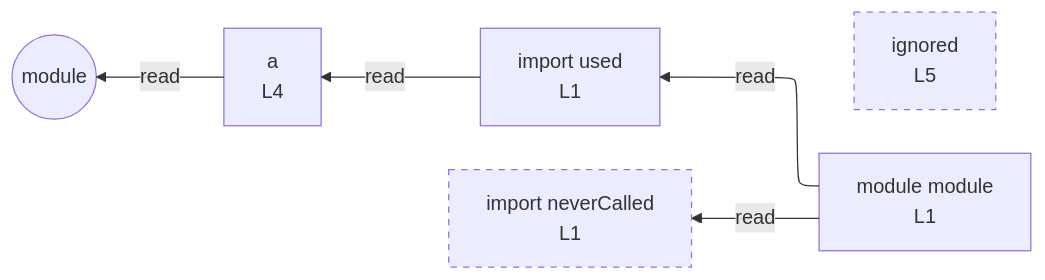
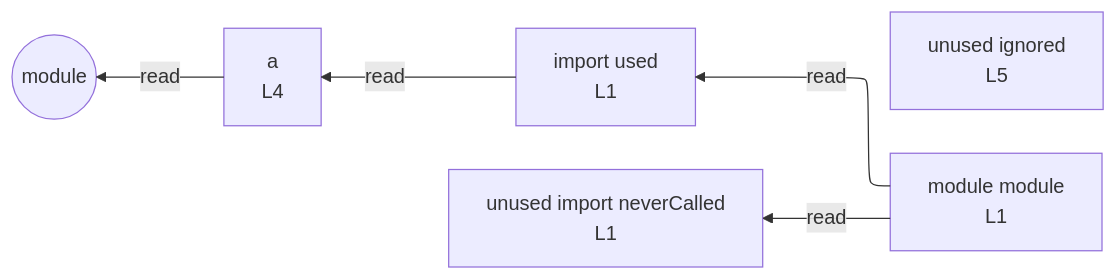
Before and after one commit to crescware/unsnarl: the diagram in integration/fixtures/unused-and-var/preview.md, drawn with Mermaid. The commit also changed 75 other files, not shown here.

````diff
--- a/integration/fixtures/unused-and-var/preview.md
+++ b/integration/fixtures/unused-and-var/preview.md
@@ -17,17 +17,14 @@
 ```mermaid
 %%{init: {"flowchart": {"defaultRenderer": "elk"}}}%%
 flowchart RL
   n_scope_0_used_9["import used<br/>L1"]
-  n_scope_0_neverCalled_15["import neverCalled<br/>L1"]
+  n_scope_0_neverCalled_15["unused import neverCalled<br/>L1"]
   n_scope_0_a_67["a<br/>L4"]
-  n_scope_0_ignored_83["ignored<br/>L5"]
+  n_scope_0_ignored_83["unused ignored<br/>L5"]
   n_scope_0_used_9 -->|read| n_scope_0_a_67
   n_scope_0_a_67 -->|read| module_root
   module_root((module))
   mod_module["module module<br/>L1"]
   mod_module -->|read| n_scope_0_used_9
   mod_module -->|read| n_scope_0_neverCalled_15
-  classDef unused stroke-dasharray: 5 5;
-  class n_scope_0_neverCalled_15 unused;
-  class n_scope_0_ignored_83 unused;
 ```
````
